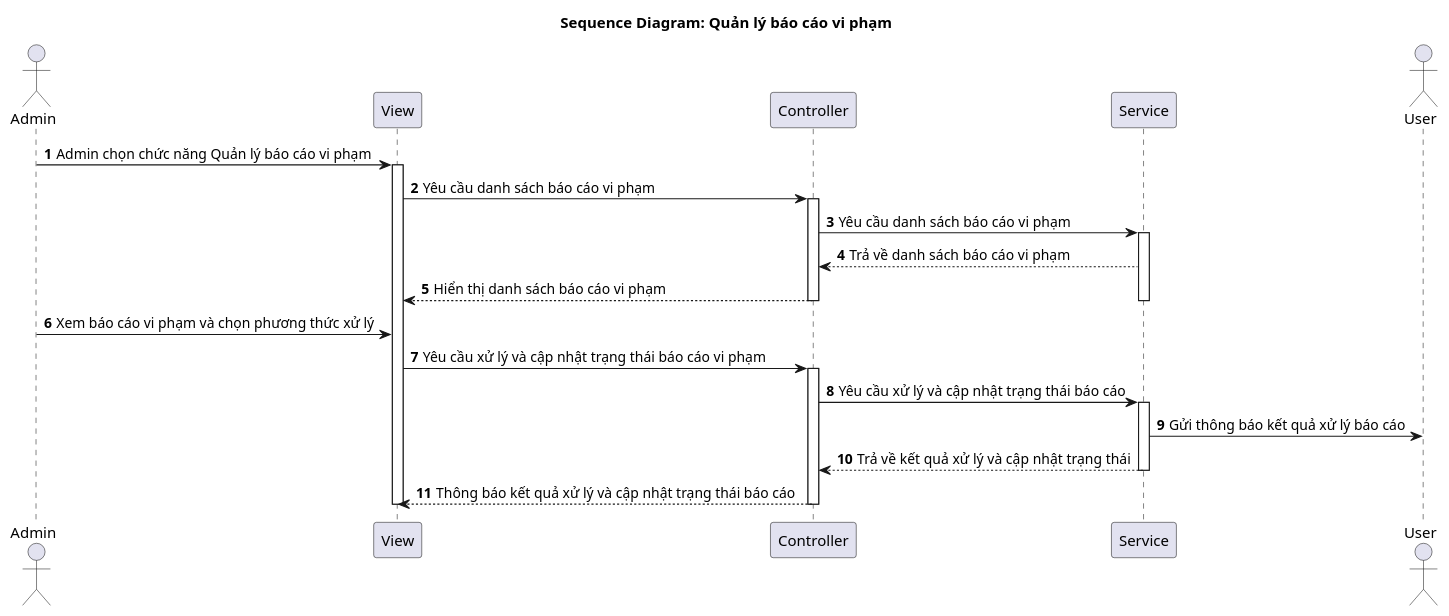
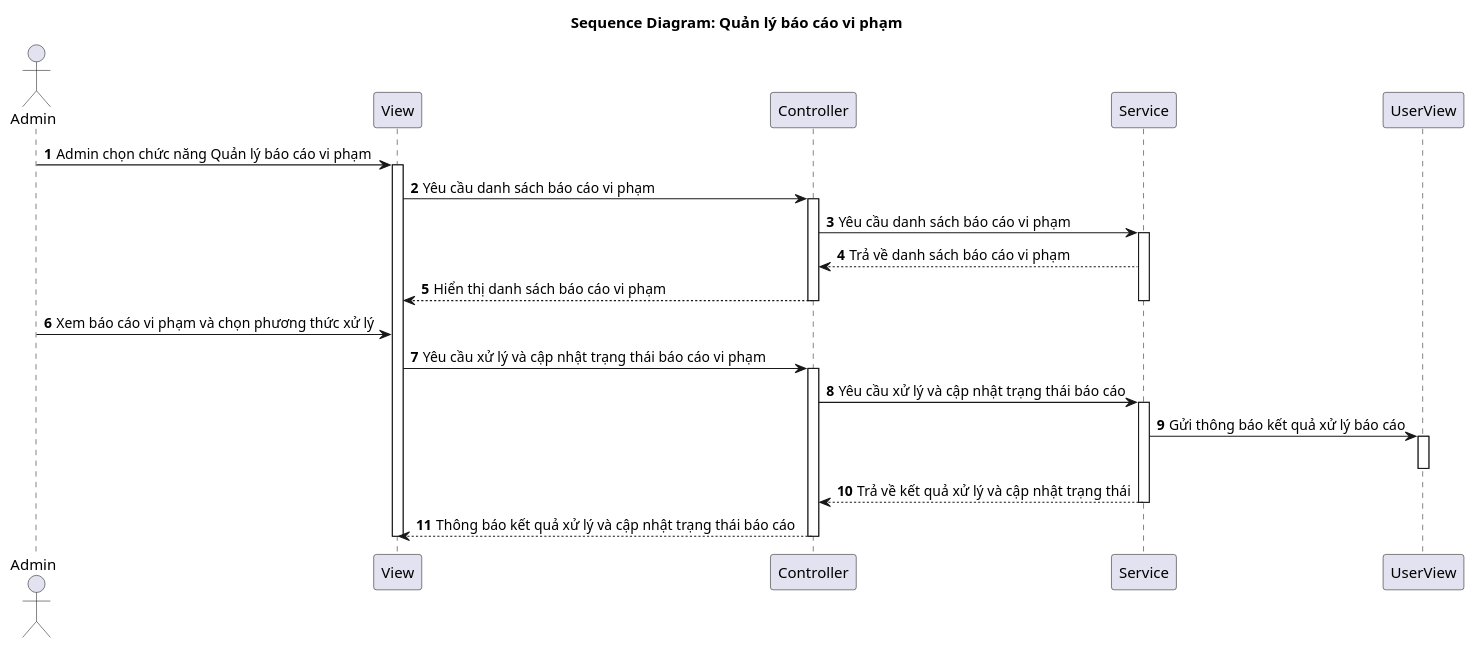
Before and after one commit to vinh047/soundwave: the diagram in Diagrams/SequenceDiagram/ManageReportSD.plantuml, drawn with PlantUML.

Commit message:
Sửa ManageReportSD thông báo cho View

```diff
--- a/Diagrams/SequenceDiagram/ManageReportSD.plantuml
+++ b/Diagrams/SequenceDiagram/ManageReportSD.plantuml
@@ -1,36 +1,38 @@
 @startuml SD
 
 actor "Admin" as Admin
 participant "View" as View
 participant "Controller" as Controller
 participant "Service" as Service
-actor "User" as User
+participant "UserView" as UserView
 
 title Sequence Diagram: Quản lý báo cáo vi phạm
 
 autonumber
 
 Admin -> View: Admin chọn chức năng Quản lý báo cáo vi phạm
 activate View
 View -> Controller: Yêu cầu danh sách báo cáo vi phạm
 activate Controller
 Controller -> Service: Yêu cầu danh sách báo cáo vi phạm
 activate Service
 Service --> Controller: Trả về danh sách báo cáo vi phạm
 Controller --> View: Hiển thị danh sách báo cáo vi phạm
 deactivate Controller
 deactivate Service
 
 Admin -> View: Xem báo cáo vi phạm và chọn phương thức xử lý
 View -> Controller: Yêu cầu xử lý và cập nhật trạng thái báo cáo vi phạm
 activate Controller
 Controller -> Service: Yêu cầu xử lý và cập nhật trạng thái báo cáo
 activate Service
-Service -> User: Gửi thông báo kết quả xử lý báo cáo
+Service -> UserView: Gửi thông báo kết quả xử lý báo cáo
+activate UserView
+deactivate UserView
 Service --> Controller: Trả về kết quả xử lý và cập nhật trạng thái
 deactivate Service
 Controller --> View: Thông báo kết quả xử lý và cập nhật trạng thái báo cáo
 deactivate Controller
 
 deactivate View
 @enduml
```
